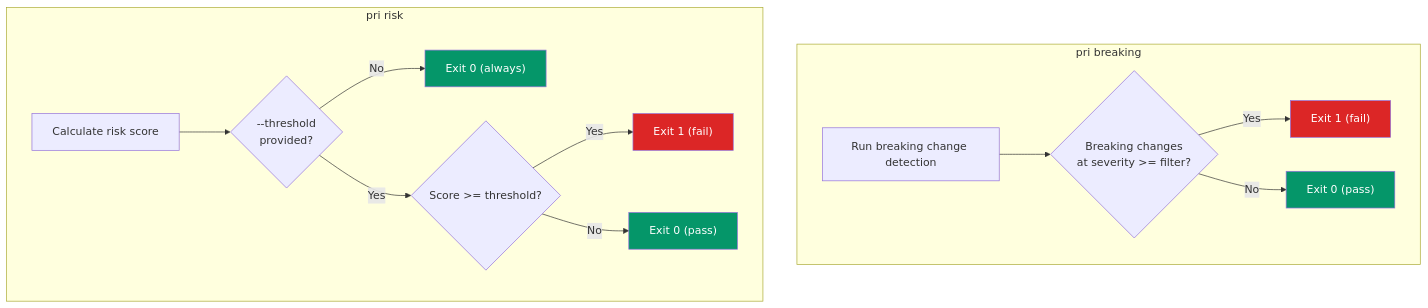
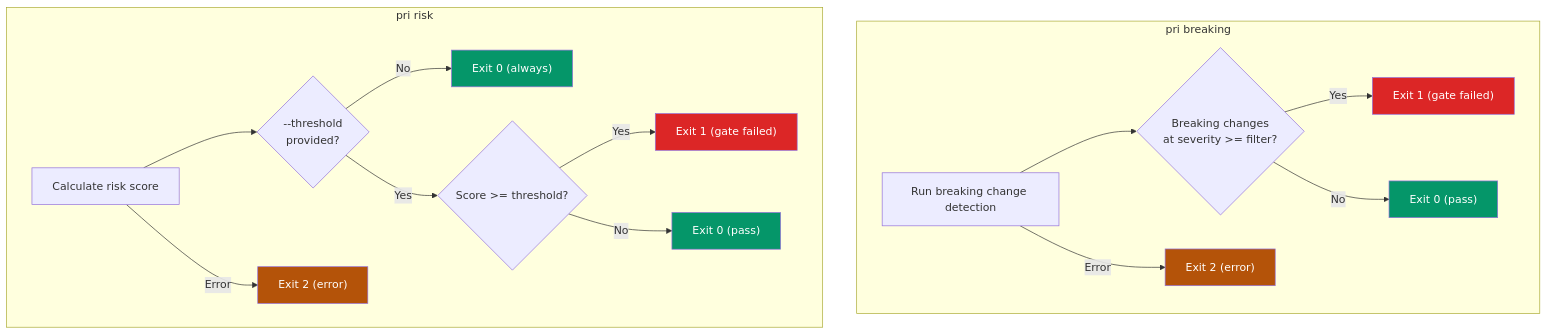
One commit to ducdmdev/pr-impact changed the first of 2 diagrams in docs/ci-integration.md. Above: the diagram before and after it, drawn with Mermaid. The commit also changed other lines of this file and 26 other files, not shown here.

````diff
--- a/docs/ci-integration.md
+++ b/docs/ci-integration.md
@@ -9,22 +9,26 @@
 ```mermaid
 flowchart TD
     subgraph "pri breaking"
         B_RUN["Run breaking change detection"] --> B_CHECK{Breaking changes<br/>at severity >= filter?}
-        B_CHECK -->|Yes| B_FAIL["Exit 1 (fail)"]
+        B_CHECK -->|Yes| B_FAIL["Exit 1 (gate failed)"]
         B_CHECK -->|No| B_PASS["Exit 0 (pass)"]
+        B_RUN -->|Error| B_ERR["Exit 2 (error)"]
     end
 
     subgraph "pri risk"
         R_RUN["Calculate risk score"] --> R_HAS{--threshold<br/>provided?}
         R_HAS -->|No| R_ALWAYS["Exit 0 (always)"]
         R_HAS -->|Yes| R_CHECK{Score >= threshold?}
-        R_CHECK -->|Yes| R_FAIL["Exit 1 (fail)"]
+        R_CHECK -->|Yes| R_FAIL["Exit 1 (gate failed)"]
         R_CHECK -->|No| R_PASS["Exit 0 (pass)"]
+        R_RUN -->|Error| R_ERR["Exit 2 (error)"]
     end
 
     style B_FAIL fill:#dc2626,color:#fff
     style B_PASS fill:#059669,color:#fff
+    style B_ERR fill:#b45309,color:#fff
     style R_ALWAYS fill:#059669,color:#fff
     style R_FAIL fill:#dc2626,color:#fff
     style R_PASS fill:#059669,color:#fff
+    style R_ERR fill:#b45309,color:#fff
 ```
````
